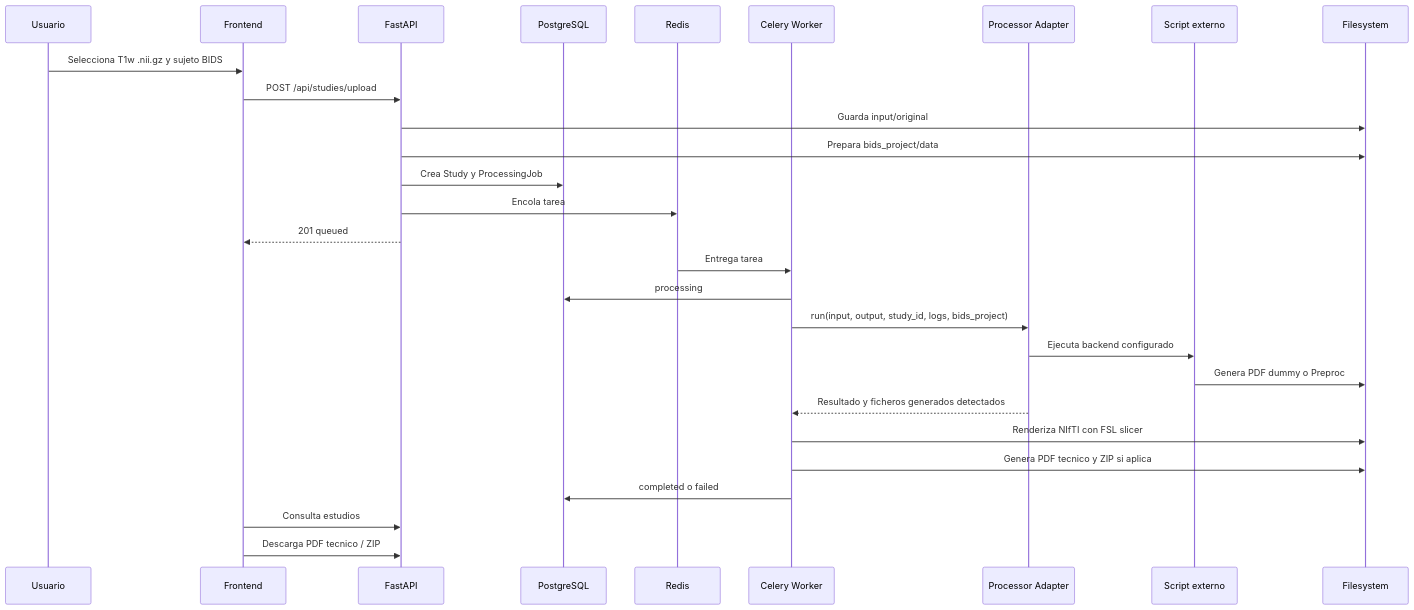
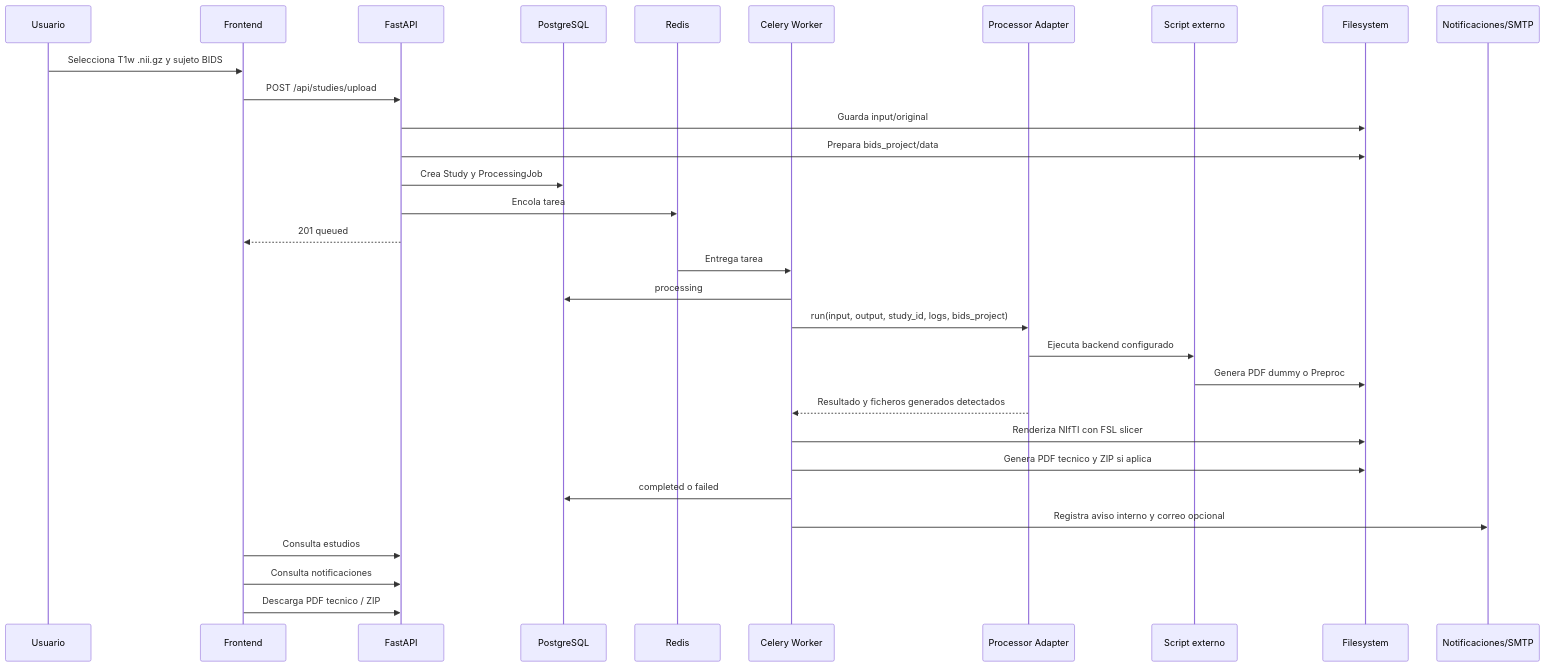
Before and after one commit to suhartx/neuroimagen-server-biocruces: the first of 2 diagrams in docs/processing-pipeline.md, drawn with Mermaid. The commit also changed other lines of this file and 30 other files, not shown here.

````diff
--- a/docs/processing-pipeline.md
+++ b/docs/processing-pipeline.md
@@ -5,30 +5,33 @@
 ```mermaid
 sequenceDiagram
   participant U as Usuario
   participant F as Frontend
   participant A as FastAPI
   participant D as PostgreSQL
   participant R as Redis
   participant W as Celery Worker
   participant P as Processor Adapter
   participant S as Script externo
   participant FS as Filesystem
+  participant N as Notificaciones/SMTP
   U->>F: Selecciona T1w .nii.gz y sujeto BIDS
   F->>A: POST /api/studies/upload
   A->>FS: Guarda input/original
   A->>FS: Prepara bids_project/data
   A->>D: Crea Study y ProcessingJob
   A->>R: Encola tarea
   A-->>F: 201 queued
   R->>W: Entrega tarea
   W->>D: processing
   W->>P: run(input, output, study_id, logs, bids_project)
   P->>S: Ejecuta backend configurado
   S->>FS: Genera PDF dummy o Preproc
   P-->>W: Resultado y ficheros generados detectados
   W->>FS: Renderiza NIfTI con FSL slicer
   W->>FS: Genera PDF tecnico y ZIP si aplica
   W->>D: completed o failed
+  W->>N: Registra aviso interno y correo opcional
   F->>A: Consulta estudios
+  F->>A: Consulta notificaciones
   F->>A: Descarga PDF tecnico / ZIP
 ```
````
